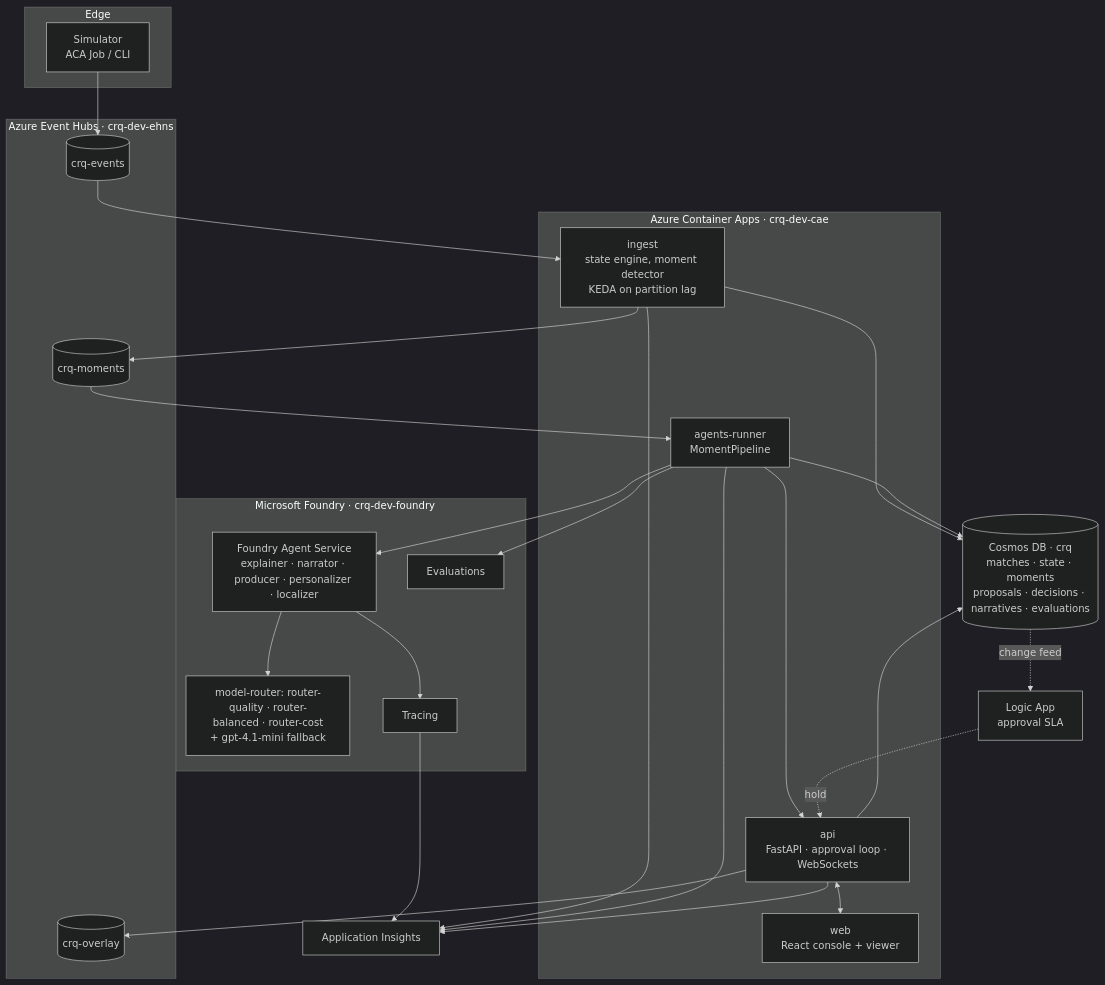
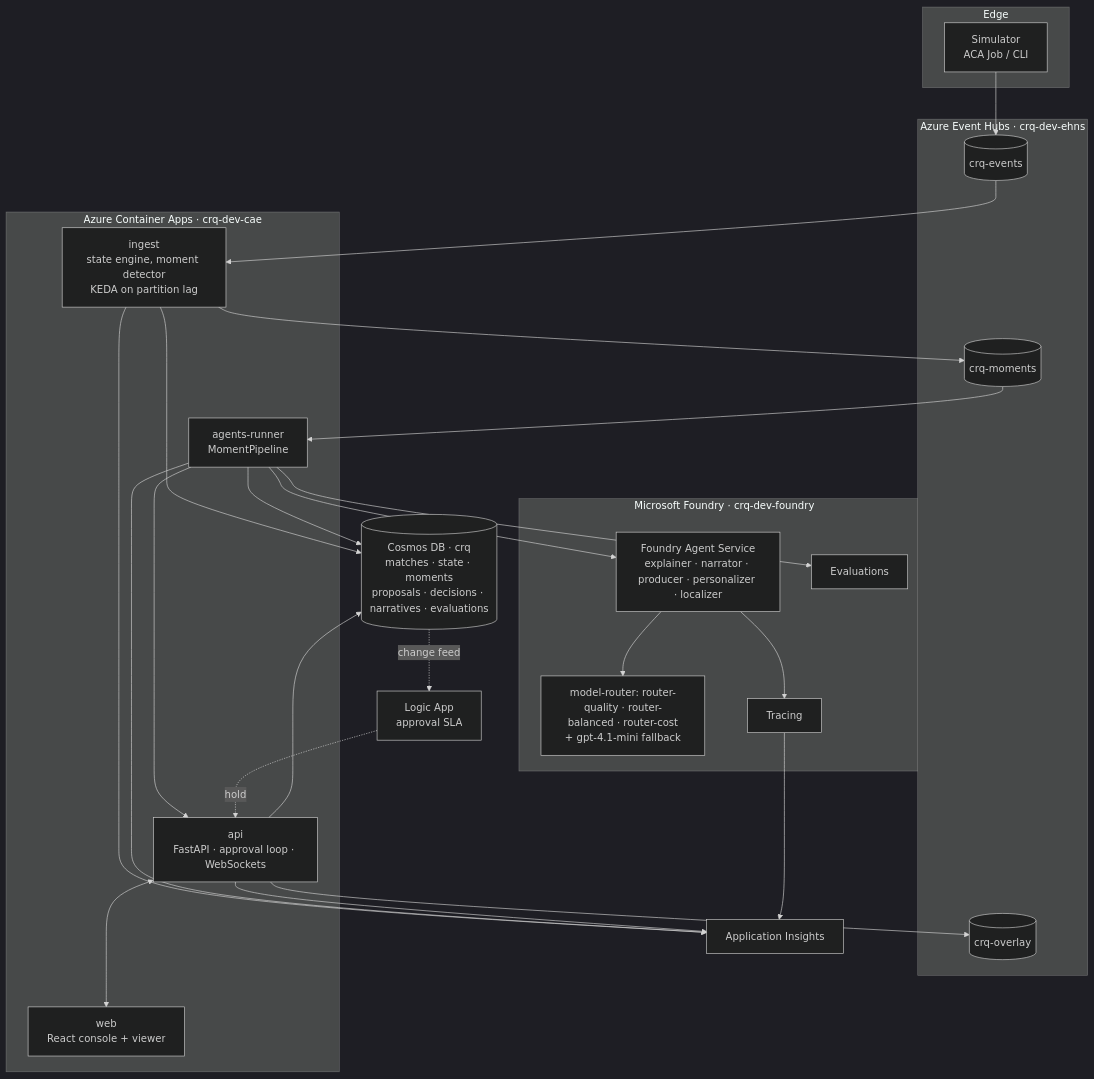
The second of 4 diagrams in docs/ARCHITECTURE.md (SwamiBB/control-room-iq), drawn with Mermaid (dark theme) before and after one commit. The commit also changed other lines of this file and 1 other file, not shown here.

Commit message:
docs: fix Mermaid diagrams that fail in older renderers
Semicolons end a statement in Mermaid sequence diagrams, so messages and notes containing one failed to parse (ARCHITECTURE section 3, END-TO-END-ARCHITECTURE 5.2 and 5.3). The two-way arrow <--> crashed older renderers with "Cannot read properties of null (reading 'getAttribute')" (ARCHITECTURE section 2, END-TO-END-ARCHITECTURE section 3); <---> renders everywhere. Wording is unchanged.

Closes #32

````diff
--- a/docs/ARCHITECTURE.md
+++ b/docs/ARCHITECTURE.md
@@ -23,38 +23,38 @@
 ```mermaid
 flowchart TB
     subgraph Edge
         SIM[Simulator<br/>ACA Job / CLI]
     end
     subgraph Stream["Azure Event Hubs · crq-dev-ehns"]
         EH1[(crq-events)]
         EH2[(crq-moments)]
         EH3[(crq-overlay)]
     end
     subgraph ACA["Azure Container Apps · crq-dev-cae"]
         ING[ingest<br/>state engine, moment detector<br/>KEDA on partition lag]
         AGR[agents-runner<br/>MomentPipeline]
         API[api<br/>FastAPI · approval loop · WebSockets]
         WEB[web<br/>React console + viewer]
     end
     subgraph Foundry["Microsoft Foundry · crq-dev-foundry"]
         AGS[Foundry Agent Service<br/>explainer · narrator · producer · personalizer · localizer]
         MR[model-router: router-quality · router-balanced · router-cost<br/>+ gpt-4.1-mini fallback]
         EVAL[Evaluations]
         TR[Tracing]
     end
     COS[(Cosmos DB · crq<br/>matches · state · moments<br/>proposals · decisions · narratives · evaluations)]
     LA[Logic App<br/>approval SLA]
     AI[Application Insights]
     SIM --> EH1 --> ING --> EH2 --> AGR
     ING --> COS
     AGR --> AGS --> MR
     AGR --> EVAL
     AGR --> COS
     AGR --> API
     API --> COS
     API --> EH3
     COS -. change feed .-> LA -. hold .-> API
-    API <--> WEB
+    API <---> WEB
     ING & AGR & API --> AI
     AGS --> TR --> AI
 ```
````
